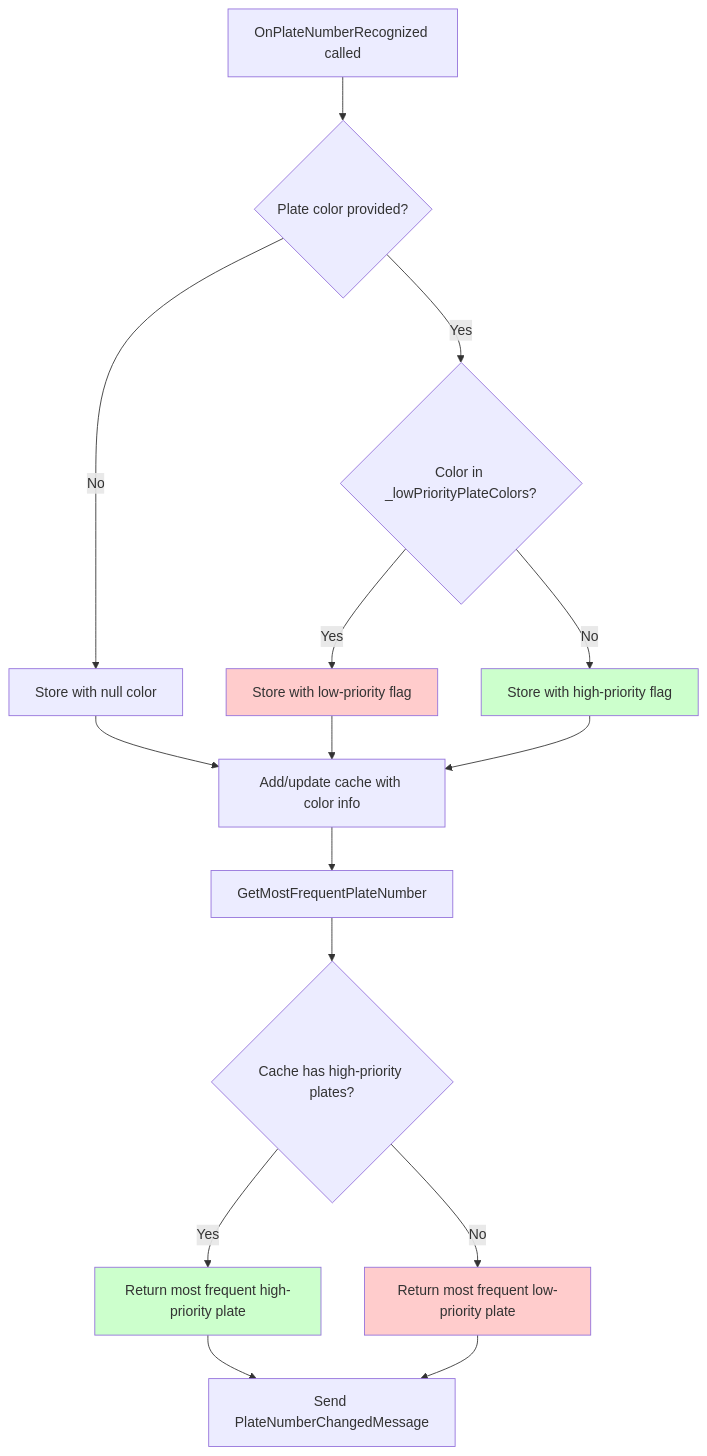
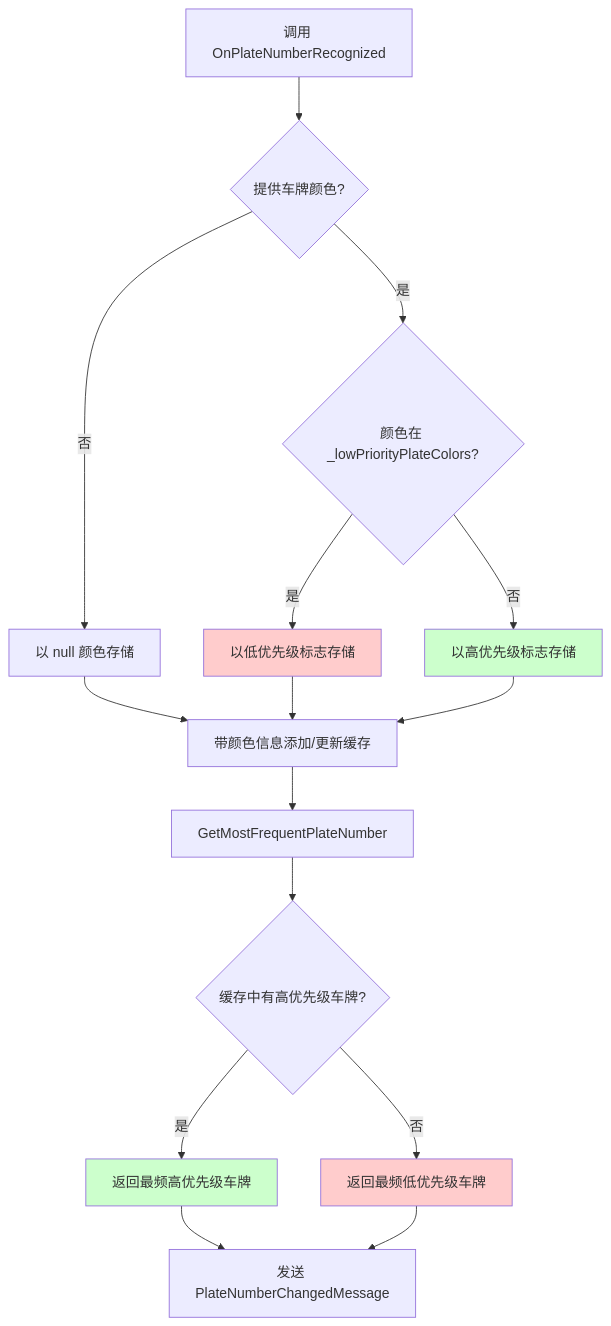
Before and after one commit to feewillowherb/MaterialClient: the diagram in openspec/changes/archive/2026-01-22-update-plate-color-priority/proposal.md, drawn with Mermaid. The commit also changed other lines of this file and 100 other files, not shown here.

````diff
--- a/openspec/changes/archive/2026-01-22-update-plate-color-priority/proposal.md
+++ b/openspec/changes/archive/2026-01-22-update-plate-color-priority/proposal.md
@@ -22,26 +22,26 @@
 ```mermaid
 flowchart TD
-    A[OnPlateNumberRecognized called] --> B{Plate color provided?}
-    B -->|Yes| C{Color in _lowPriorityPlateColors?}
-    B -->|No| D[Store with null color]
-    C -->|Yes| E[Store with low-priority flag]
-    C -->|No| F[Store with high-priority flag]
+    A[调用 OnPlateNumberRecognized] --> B{提供车牌颜色?}
+    B -->|是| C{颜色在 _lowPriorityPlateColors?}
+    B -->|否| D[以 null 颜色存储]
+    C -->|是| E[以低优先级标志存储]
+    C -->|否| F[以高优先级标志存储]
     
-    D --> G[Add/update cache with color info]
+    D --> G[带颜色信息添加/更新缓存]
     E --> G
     F --> G
     
     G --> H[GetMostFrequentPlateNumber]
     
-    H --> I{Cache has high-priority plates?}
-    I -->|Yes| J[Return most frequent high-priority plate]
-    I -->|No| K[Return most frequent low-priority plate]
+    H --> I{缓存中有高优先级车牌?}
+    I -->|是| J[返回最频高优先级车牌]
+    I -->|否| K[返回最频低优先级车牌]
     
-    J --> L[Send PlateNumberChangedMessage]
+    J --> L[发送 PlateNumberChangedMessage]
     K --> L
     
     style E fill:#ffcccc
     style F fill:#ccffcc
     style J fill:#ccffcc
     style K fill:#ffcccc
 ```
````
